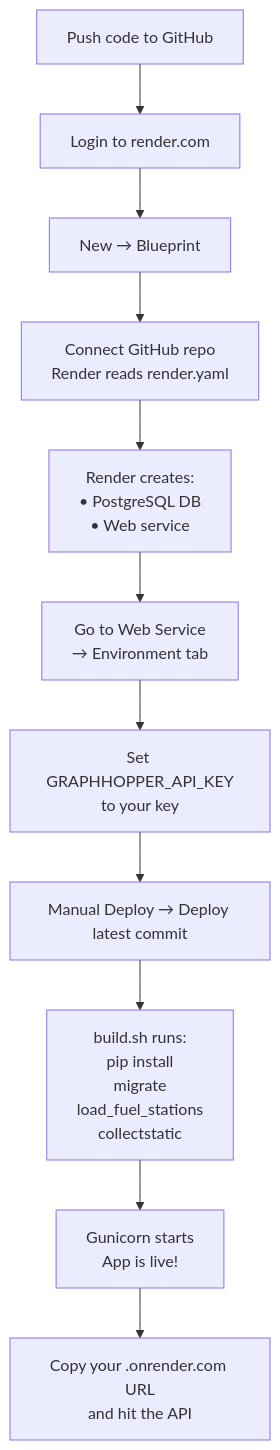
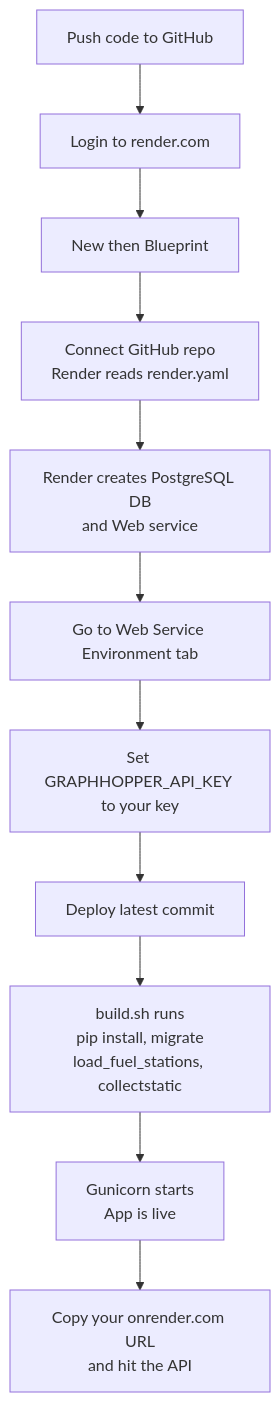
Before and after one commit to Kira714/django-api: the fourth of 5 diagrams in README.md, drawn with Mermaid. The commit also changed other lines of this file and 6257 other files, not shown here.

First line of the commit message:
feat: fuel route planner API with GraphHopper routing and Render deploy

````diff
--- a/README.md
+++ b/README.md
@@ -354,13 +354,13 @@
 ```mermaid
 flowchart TD
     A[Push code to GitHub] --> B[Login to render.com]
-    B --> C[New → Blueprint]
+    B --> C[New then Blueprint]
     C --> D[Connect GitHub repo\nRender reads render.yaml]
-    D --> E[Render creates:\n• PostgreSQL DB\n• Web service]
-    E --> F[Go to Web Service\n→ Environment tab]
-    F --> G[Set GRAPHHOPPER_API_KEY\nto your key]
-    G --> H[Manual Deploy → Deploy latest commit]
-    H --> I[build.sh runs:\npip install\nmigrate\nload_fuel_stations\ncollectstatic]
-    I --> J[Gunicorn starts\nApp is live!]
-    J --> K[Copy your .onrender.com URL\nand hit the API]
+    D --> E[Render creates PostgreSQL DB\nand Web service]
+    E --> F[Go to Web Service Environment tab]
+    F --> G[Set GRAPHHOPPER_API_KEY to your key]
+    G --> H[Deploy latest commit]
+    H --> I[build.sh runs\npip install, migrate\nload_fuel_stations, collectstatic]
+    I --> J[Gunicorn starts\nApp is live]
+    J --> K[Copy your onrender.com URL\nand hit the API]
 ```
````
